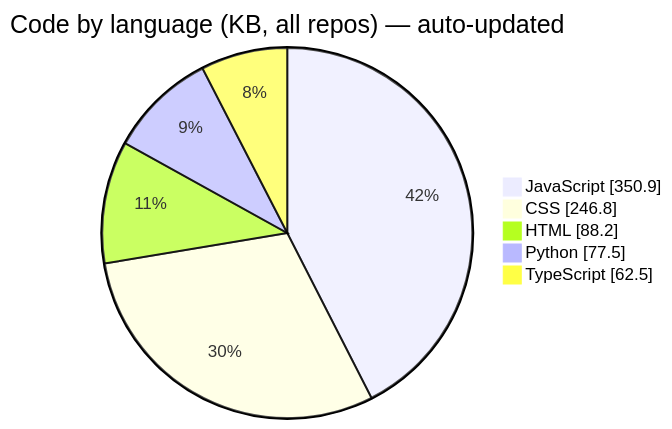
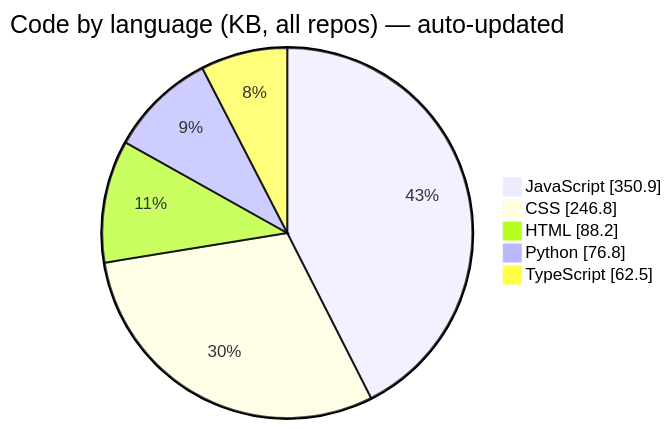
The third of 6 diagrams in README.md (Manashjyoti-Bora/Manashjyoti-Bora), drawn with Mermaid before and after one commit. The commit also changed other lines of this file and 1 other file, not shown here.

````diff
--- a/README.md
+++ b/README.md
@@ -196,9 +196,9 @@
 ```mermaid
 pie showData
     title Code by language (KB, all repos) — auto-updated
     "JavaScript" : 350.9
     "CSS" : 246.8
     "HTML" : 88.2
-    "Python" : 77.5
+    "Python" : 76.8
     "TypeScript" : 62.5
 ```
````
